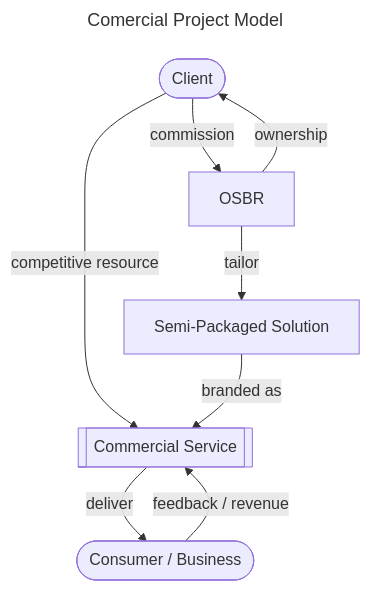
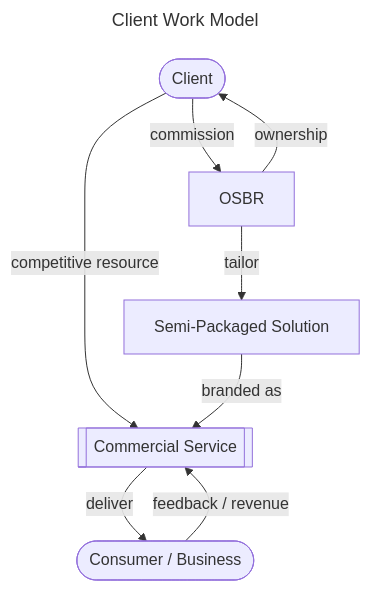
The fourth of 5 diagrams in doc/strategy.md (osbrjp/handbook), drawn with Mermaid before and after one commit. The commit also changed other lines of this file, not shown here.

````diff
--- a/doc/strategy.md
+++ b/doc/strategy.md
@@ -98,13 +98,13 @@
 ```mermaid
 ---
-title: Comercial Project Model
+title: Client Work Model
 ---
 graph TB;
     C([Client]) -- "commission"  --> OSBR
     OSBR -- "ownership" --> C;
     C -- "competitive resource" --> ES[[Commercial Service]];
     OSBR -- "tailor" --> SPS[Semi-Packaged Solution];
     SPS -- "branded as" --> ES;
     CB -- "feedback / revenue" --> ES;
     ES -- "deliver" --> CB([Consumer / Business]);
 ```
````
